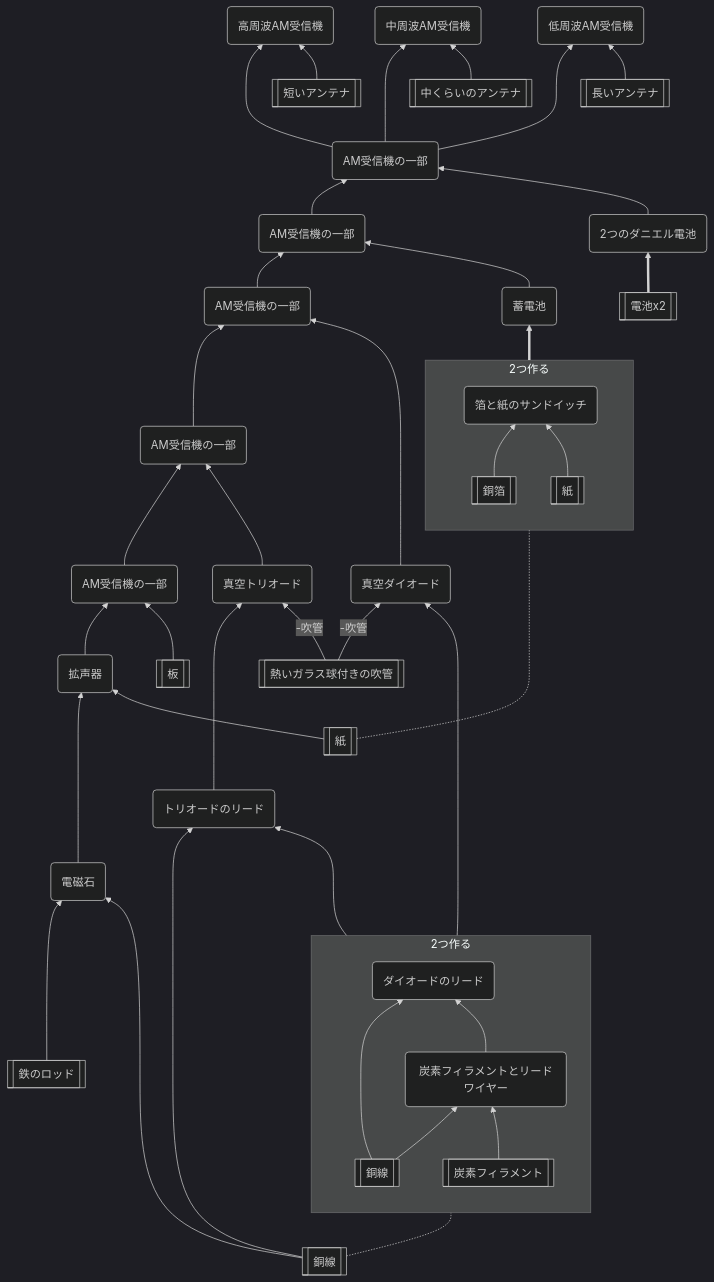
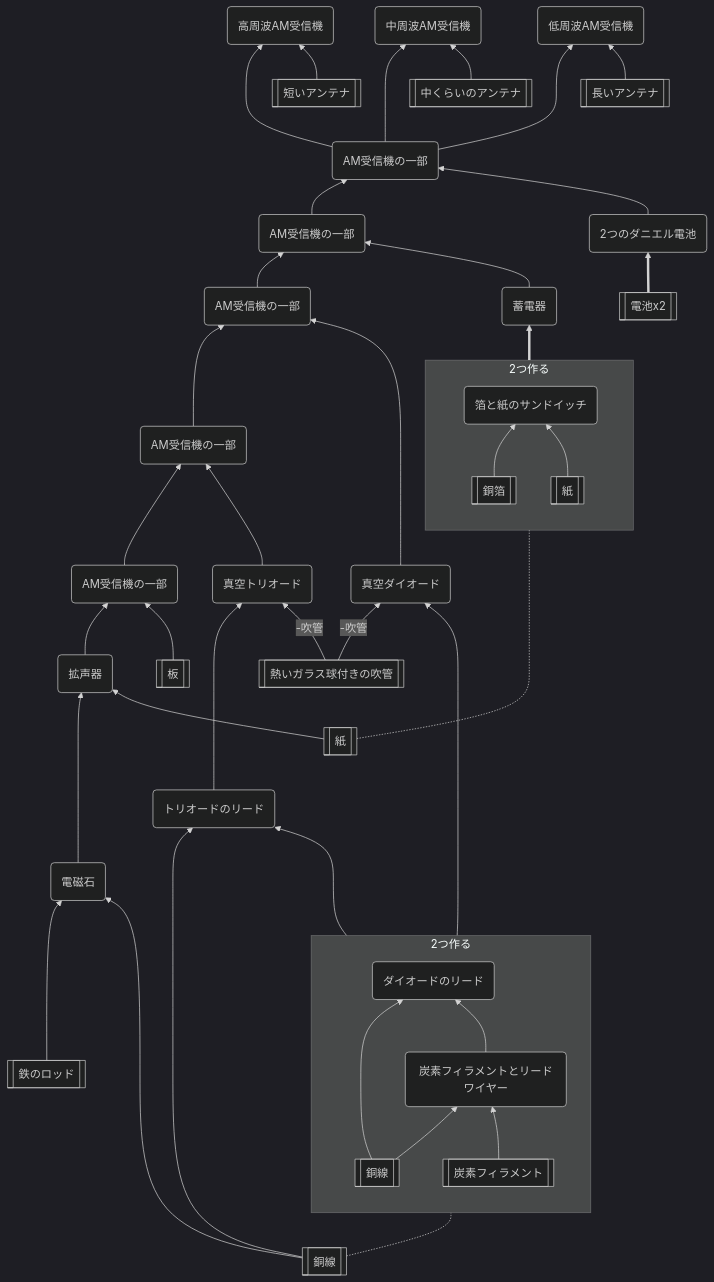
The diagram in AM-receiver.md (aya-0p/yah-craft-recipe), drawn with Mermaid (dark theme) before and after one commit.

````diff
--- a/AM-receiver.md
+++ b/AM-receiver.md
@@ -2,65 +2,65 @@
 ```mermaid
 flowchart BT
 aa[[鉄のロッド]]
 ab[[銅線]]
 ac[[紙]]
 ad[[板]]
 ae[[炭素フィラメント]]
 af[[熱いガラス球付きの吹管]]
 ag[[銅箔]]
 ah[[紙]]
 ai[[電池x2]]
 ac -.- ah
 aj[[長いアンテナ]]
 ak[[中くらいのアンテナ]]
 al[[短いアンテナ]]
 
 aa --> ba(電磁石)
 ab --> ba
 ba ----> bb(拡声器)
 ac --> bb
 bb --> bc(AM受信機の一部)
 ad --> bc
 
 subgraph x [2つ作る]
 direction BT
 xa[[銅線]]
 xa --> ca(炭素フィラメントとリードワイヤー)
 ae --> ca
 xa --> cb(ダイオードのリード)
 ca --> cb
 end
 ab -.- xa
 
 x ---> da(トリオードのリード)
 ab ---> da
 da ----> db(真空トリオード)
 af -->|"-吹管"| db
 bc --> de(AM受信機の一部)
 db --> de
 x ---> df(真空ダイオード)
 af -->|"-吹管"| df
 de --> dg(AM受信機の一部)
 df --> dg
 
 subgraph y [2つ作る]
 direction BT
 ag --> ea(箔と紙のサンドイッチ)
 ah --> ea
 end
-y ==> eb(蓄電池)
+y ==> eb(蓄電器)
 
 dg --> fa(AM受信機の一部)
 eb --> fa
 
 ai ==> fb(2つのダニエル電池)
 fa --> fc(AM受信機の一部)
 fb --> fc
 
 fc ---> fd(高周波AM受信機)
 fc ---> fe(中周波AM受信機)
 fc ---> ff(低周波AM受信機)
 al --> fd
 ak --> fe
 aj --> ff
 ```
````
